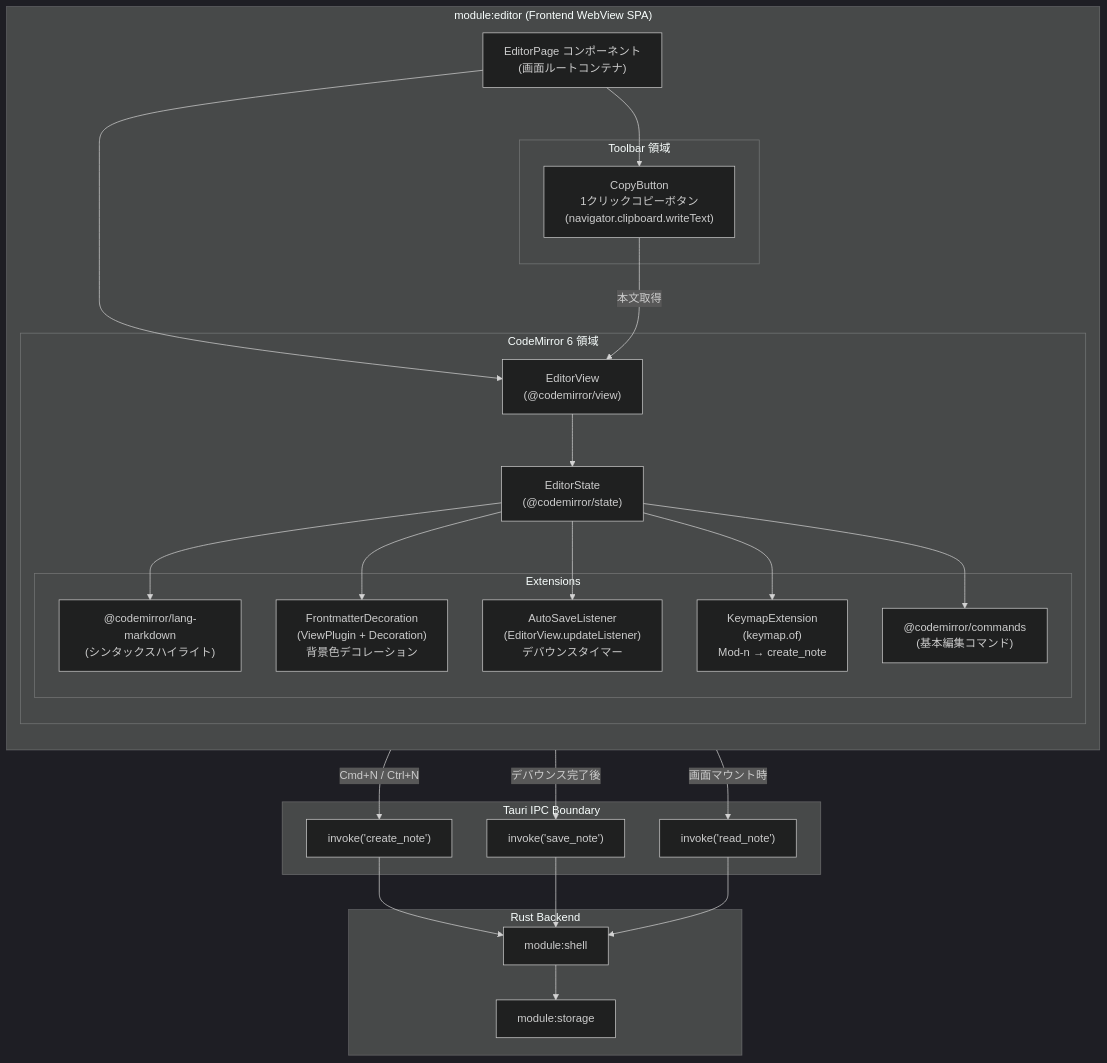
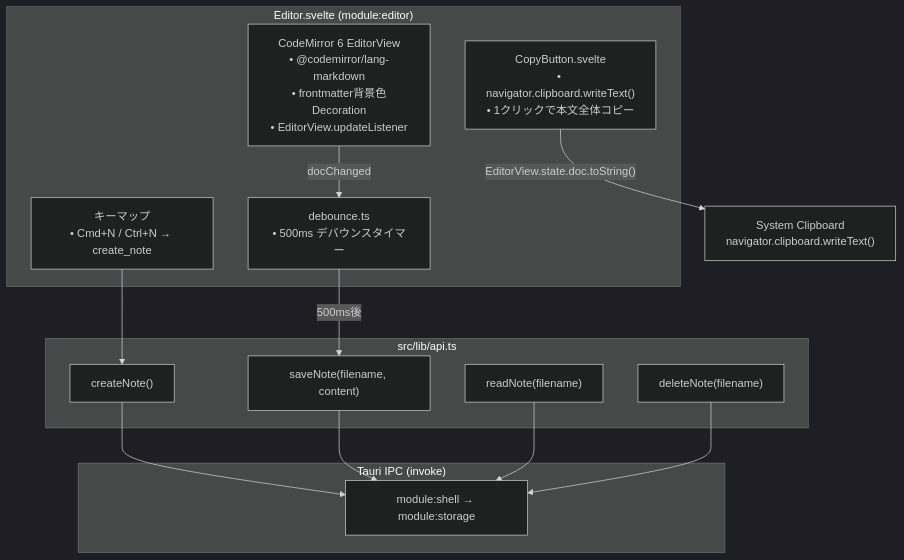
The first of 3 diagrams in docs/detailed_design/editor_clipboard_design.md (dev-komenzar/prompt-notes), drawn with Mermaid (dark theme) before and after one commit. The commit also changed other lines of this file and 6 other files, not shown here.

First line of the commit message:
Resolve OQ-001: adopt Svelte as frontend framework

````diff
--- a/docs/detailed_design/editor_clipboard_design.md
+++ b/docs/detailed_design/editor_clipboard_design.md
@@ -71,54 +61,29 @@
 ```mermaid
 graph TB
-    subgraph "module:editor (Frontend WebView SPA)"
-        direction TB
-        EditorPage["EditorPage コンポーネント<br/>(画面ルートコンテナ)"]
-
-        subgraph "Toolbar 領域"
-            CopyBtn["CopyButton<br/>1クリックコピーボタン<br/>(navigator.clipboard.writeText)"]
-        end
-
-        subgraph "CodeMirror 6 領域"
-            CMView["EditorView<br/>(@codemirror/view)"]
-            CMState["EditorState<br/>(@codemirror/state)"]
-
-            subgraph "Extensions"
-                LangMD["@codemirror/lang-markdown<br/>(シンタックスハイライト)"]
-                FMDeco["FrontmatterDecoration<br/>(ViewPlugin + Decoration)<br/>背景色デコレーション"]
-                AutoSave["AutoSaveListener<br/>(EditorView.updateListener)<br/>デバウンスタイマー"]
-                KBMap["KeymapExtension<br/>(keymap.of)<br/>Mod-n → create_note"]
-                BaseCmds["@codemirror/commands<br/>(基本編集コマンド)"]
-            end
-        end
-
-        EditorPage --> CopyBtn
-        EditorPage --> CMView
-        CMView --> CMState
-        CMState --> LangMD
-        CMState --> FMDeco
-        CMState --> AutoSave
-        CMState --> KBMap
-        CMState --> BaseCmds
+    subgraph EditorScreen["Editor.svelte (module:editor)"]
+        CM6["CodeMirror 6 EditorView<br/>• @codemirror/lang-markdown<br/>• frontmatter背景色Decoration<br/>• EditorView.updateListener"]
+        CopyBtn["CopyButton.svelte<br/>• navigator.clipboard.writeText()<br/>• 1クリックで本文全体コピー"]
+        KeyMap["キーマップ<br/>• Cmd+N / Ctrl+N → create_note"]
+        Debounce["debounce.ts<br/>• 500ms デバウンスタイマー"]
     end
 
-    subgraph "Tauri IPC Boundary"
-        IPC_create["invoke('create_note')"]
-        IPC_save["invoke('save_note')"]
-        IPC_read["invoke('read_note')"]
+    subgraph API["src/lib/api.ts"]
+        CreateNote["createNote()"]
+        SaveNote["saveNote(filename, content)"]
+        ReadNote["readNote(filename)"]
+        DeleteNote["deleteNote(filename)"]
     end
 
-    subgraph "Rust Backend"
-        Shell["module:shell"]
-        Storage["module:storage"]
+    subgraph IPC["Tauri IPC (invoke)"]
+        IPCLayer["module:shell → module:storage"]
     end
 
-    KBMap -->|"Cmd+N / Ctrl+N"| IPC_create
-    AutoSave -->|"デバウンス完了後"| IPC_save
-    EditorPage -->|"画面マウント時"| IPC_read
-    CopyBtn -->|"本文取得"| CMView
-
-    IPC_create --> Shell
-    IPC_save --> Shell
-    IPC_read --> Shell
-    Shell --> Storage
+    CM6 -->|docChanged| Debounce
+    Debounce -->|"500ms後"| SaveNote
+    KeyMap --> CreateNote
+    CopyBtn -->|"EditorView.state.doc.toString()"| Clipboard["System Clipboard<br/>navigator.clipboard.writeText()"]
+    CreateNote --> IPCLayer
+    SaveNote --> IPCLayer
+    ReadNote --> IPCLayer
+    DeleteNote --> IPCLayer
 ```
````
